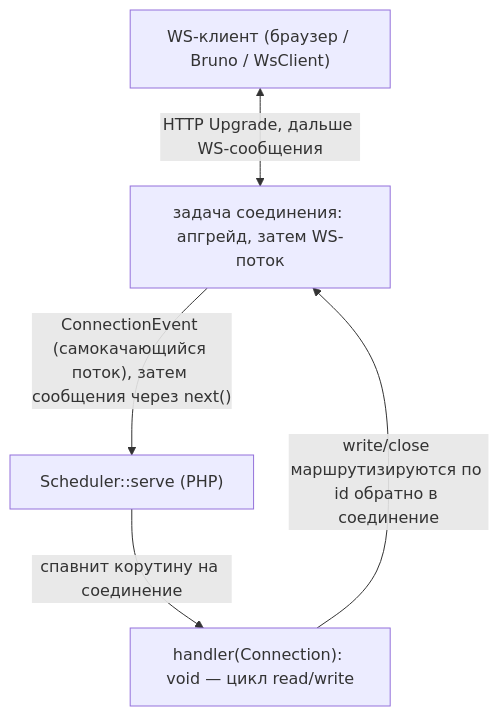
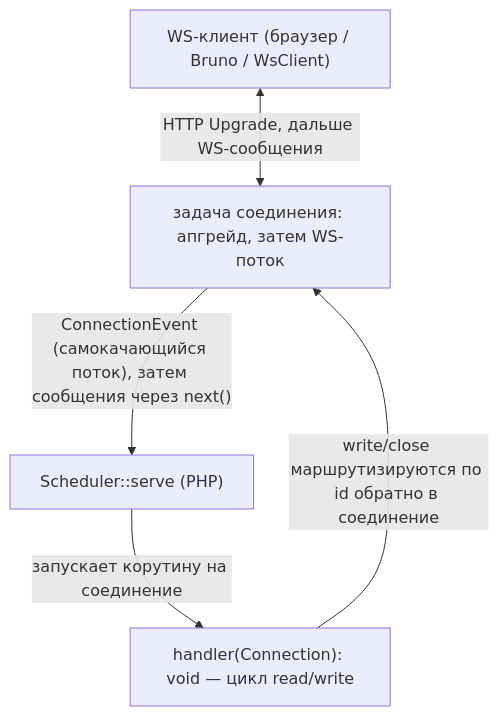
One commit to sprust/sconcur changed the diagram in docs/websocket-server.ru.md. Above: the diagram before and after it, drawn with Mermaid. The commit also changed other lines of this file and 51 other files, not shown here.

````diff
--- a/docs/websocket-server.ru.md
+++ b/docs/websocket-server.ru.md
@@ -24,12 +24,12 @@
 ```mermaid
 flowchart TB
     client["WS-клиент (браузер / Bruno / WsClient)"]
     serve["задача соединения: апгрейд, затем WS-поток"]
     sched["Scheduler::serve (PHP)"]
     handler["handler(Connection): void — цикл read/write"]
 
     client <-->|"HTTP Upgrade, дальше WS-сообщения"| serve
     serve -->|"ConnectionEvent (самокачающийся поток), затем сообщения через next()"| sched
-    sched -->|"спавнит корутину на соединение"| handler
+    sched -->|"запускает корутину на соединение"| handler
     handler -->|"write/close маршрутизируются по id обратно в соединение"| serve
 ```
````
